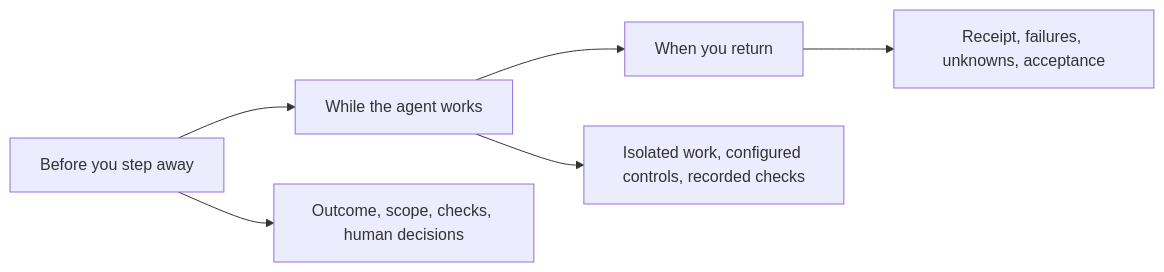
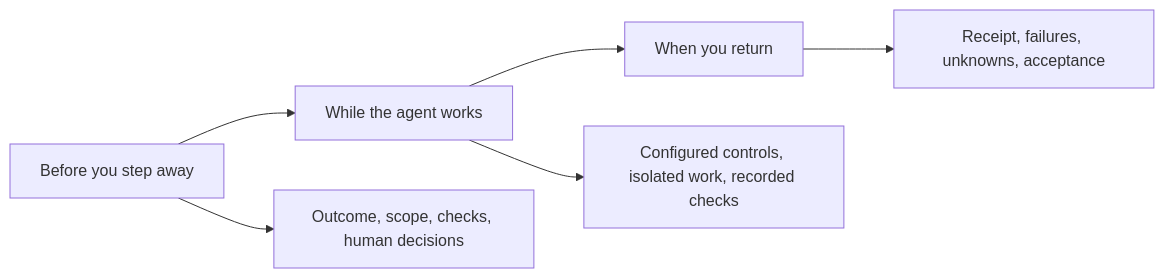
The first of 4 diagrams in README.md (khalilmaaouni/Brother), drawn with Mermaid before and after one commit. The commit also changed other lines of this file and 168 other files, not shown here.

````diff
--- a/README.md
+++ b/README.md
@@ -281,8 +366,8 @@
 ```mermaid
 flowchart LR
     A[Before you step away] --> B[While the agent works]
     B --> C[When you return]
     A --> D[Outcome, scope, checks, human decisions]
-    B --> E[Isolated work, configured controls, recorded checks]
+    B --> E[Configured controls, isolated work, recorded checks]
     C --> F[Receipt, failures, unknowns, acceptance]
 ```
````
